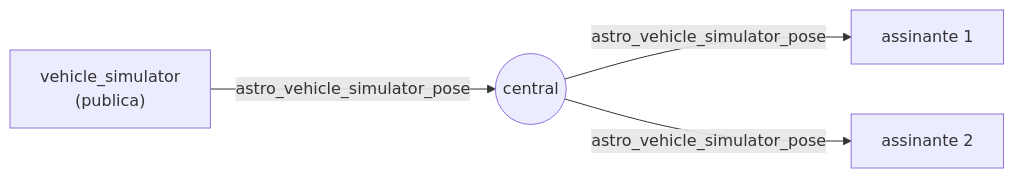
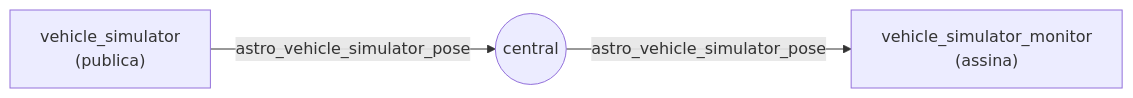
One commit to BrenoCSilva/lume changed the diagram in README.md. Above: the diagram before and after it, drawn with Mermaid. The commit also changed other lines of this file, not shown here.

````diff
--- a/README.md
+++ b/README.md
@@ -11,6 +7,5 @@
 ```mermaid
 flowchart LR
     P["vehicle_simulator<br/>(publica)"] -- "astro_vehicle_simulator_pose" --> C(("central"))
-    C -- "astro_vehicle_simulator_pose" --> S1["assinante 1"]
-    C -- "astro_vehicle_simulator_pose" --> S2["assinante 2"]
+    C -- "astro_vehicle_simulator_pose" --> M["vehicle_simulator_monitor<br/>(assina)"]
 ```
````
